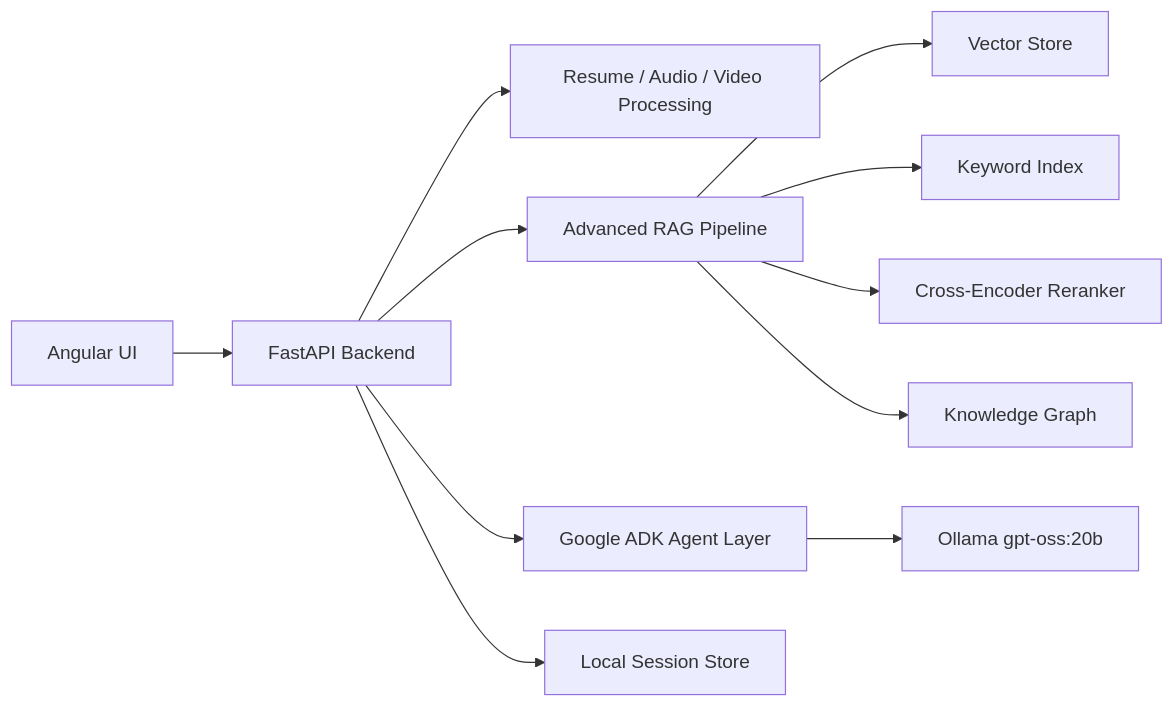
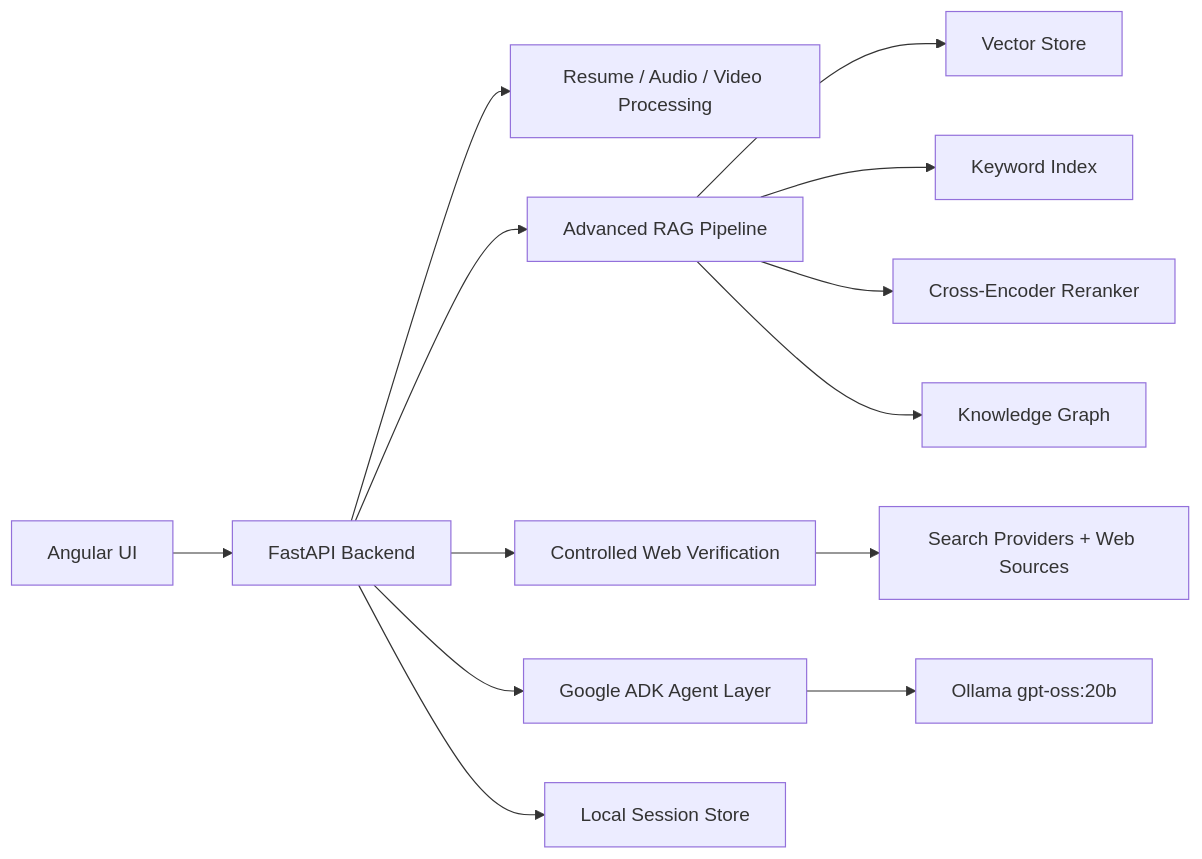
Before and after one commit to Balerion769/RAG-System: the diagram in README.md, drawn with Mermaid. The commit also changed other lines of this file and 22 other files, not shown here.

Commit message:
Add web verification and production UI

````diff
--- a/README.md
+++ b/README.md
@@ -15,13 +16,15 @@
 ```mermaid
 flowchart LR
   UI["Angular UI"] --> API["FastAPI Backend"]
   API --> MM["Resume / Audio / Video Processing"]
   API --> RAG["Advanced RAG Pipeline"]
+  API --> WEB["Controlled Web Verification"]
   API --> AGENTS["Google ADK Agent Layer"]
   RAG --> VS["Vector Store"]
   RAG --> BM25["Keyword Index"]
   RAG --> CE["Cross-Encoder Reranker"]
   RAG --> KG["Knowledge Graph"]
+  WEB --> SOURCES["Search Providers + Web Sources"]
   AGENTS --> OLLAMA["Ollama gpt-oss:20b"]
   API --> DB["Local Session Store"]
 ```
````
